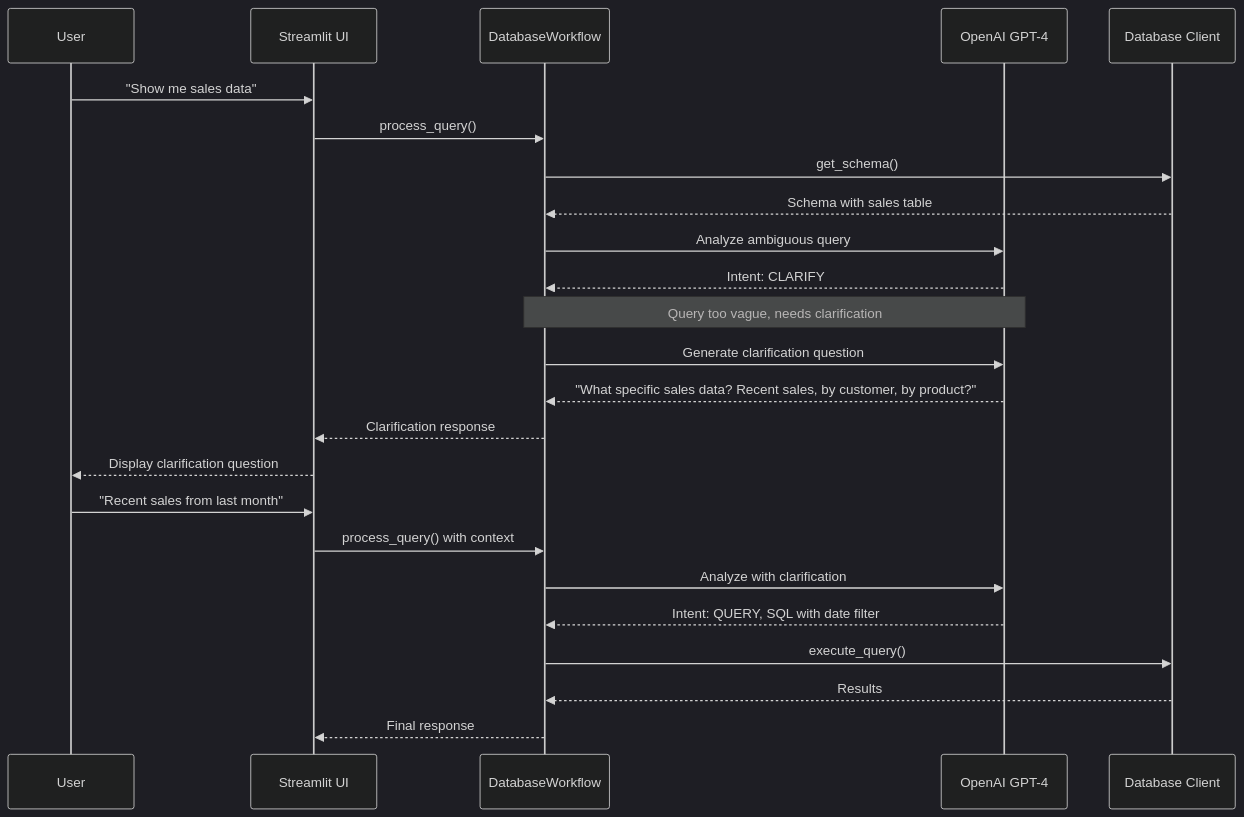
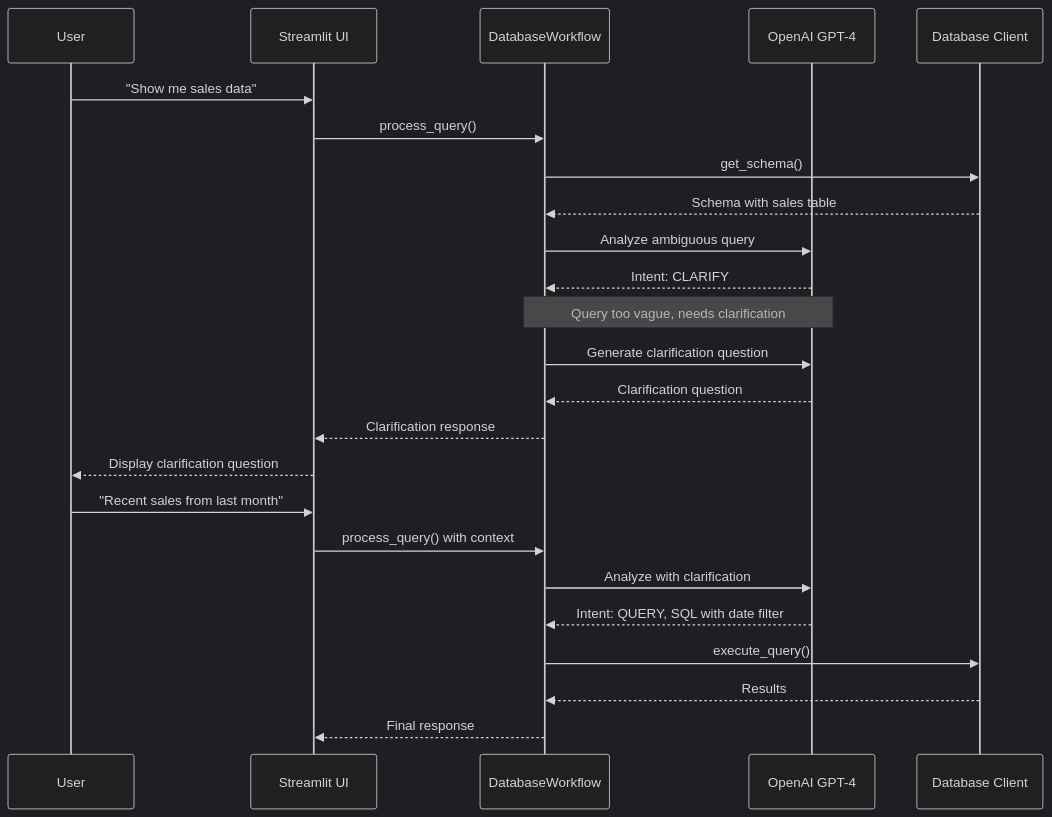
The sixth of 14 diagrams in adrs/0010-dynamic-erp-assistant-complete-system-architecture.md (julianus-kath/proactive-context-learning), drawn with Mermaid (dark theme) before and after one commit. The commit also changed other lines of this file and 6 other files, not shown here.

````diff
--- a/adrs/0010-dynamic-erp-assistant-complete-system-architecture.md
+++ b/adrs/0010-dynamic-erp-assistant-complete-system-architecture.md
@@ -265,34 +265,34 @@
 ```mermaid
 sequenceDiagram
-    participant User
-    participant StreamlitUI as Streamlit UI
-    participant Workflow as DatabaseWorkflow
-    participant OpenAI as OpenAI GPT-4
-    participant DBClient as Database Client
+    participant U as User
+    participant UI as Streamlit UI
+    participant WF as DatabaseWorkflow
+    participant AI as OpenAI GPT-4
+    participant DB as Database Client
     
-    User->>StreamlitUI: "Show me sales data"
-    StreamlitUI->>Workflow: process_query()
+    U->>UI: "Show me sales data"
+    UI->>WF: process_query()
     
-    Workflow->>DBClient: get_schema()
-    DBClient-->>Workflow: Schema with sales table
+    WF->>DB: get_schema()
+    DB-->>WF: Schema with sales table
     
-    Workflow->>OpenAI: Analyze ambiguous query
-    OpenAI-->>Workflow: Intent: CLARIFY
-    Note over OpenAI,Workflow: Query too vague, needs clarification
+    WF->>AI: Analyze ambiguous query
+    AI-->>WF: Intent: CLARIFY
+    Note over AI,WF: Query too vague, needs clarification
     
-    Workflow->>OpenAI: Generate clarification question
-    OpenAI-->>Workflow: "What specific sales data? Recent sales, by customer, by product?"
+    WF->>AI: Generate clarification question
+    AI-->>WF: Clarification question
     
-    Workflow-->>StreamlitUI: Clarification response
-    StreamlitUI-->>User: Display clarification question
+    WF-->>UI: Clarification response
+    UI-->>U: Display clarification question
     
-    User->>StreamlitUI: "Recent sales from last month"
-    StreamlitUI->>Workflow: process_query() with context
+    U->>UI: "Recent sales from last month"
+    UI->>WF: process_query() with context
     
-    Workflow->>OpenAI: Analyze with clarification
-    OpenAI-->>Workflow: Intent: QUERY, SQL with date filter
+    WF->>AI: Analyze with clarification
+    AI-->>WF: Intent: QUERY, SQL with date filter
     
-    Workflow->>DBClient: execute_query()
-    DBClient-->>Workflow: Results
-    Workflow-->>StreamlitUI: Final response
+    WF->>DB: execute_query()
+    DB-->>WF: Results
+    WF-->>UI: Final response
 ```
````
